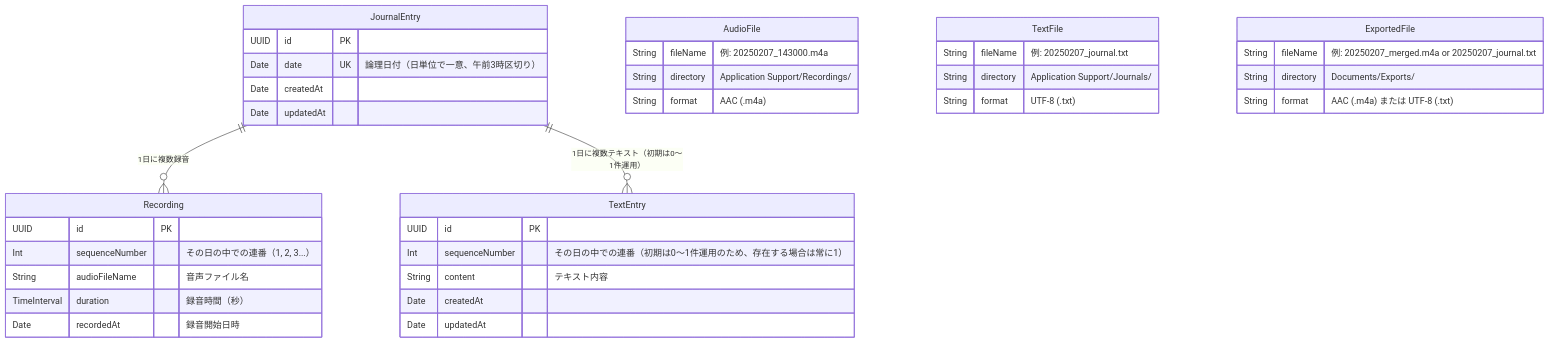
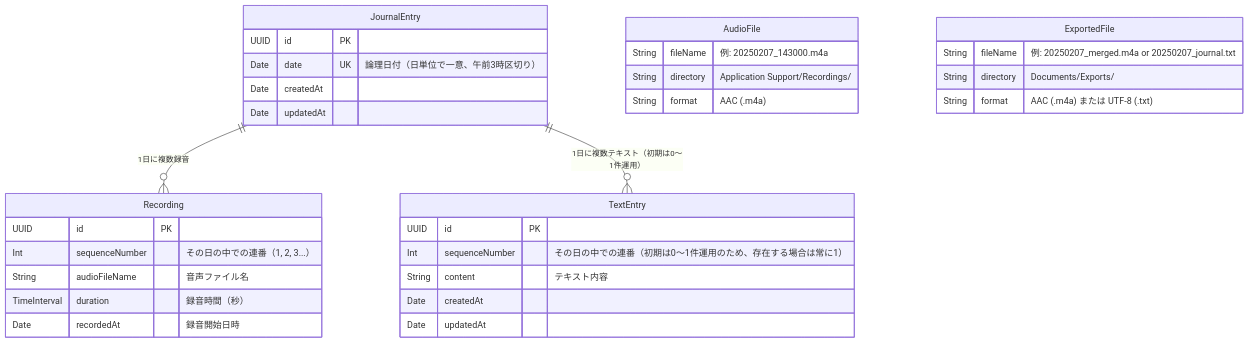
Before and after one commit to sy-hash/mind-echo: the diagram in docs/design-prompt.md, drawn with Mermaid. The commit also changed other lines of this file and 2 other files, not shown here.

First line of the commit message:
Simplify design: remove waveform, playback guard, text file sync, and search

````diff
--- a/docs/design-prompt.md
+++ b/docs/design-prompt.md
@@ -88,46 +70,40 @@
 ```mermaid
 erDiagram
     JournalEntry {
         UUID id PK
         Date date UK "論理日付（日単位で一意、午前3時区切り）"
         Date createdAt
         Date updatedAt
     }
 
     Recording {
         UUID id PK
         Int sequenceNumber "その日の中での連番（1, 2, 3...）"
         String audioFileName "音声ファイル名"
         TimeInterval duration "録音時間（秒）"
         Date recordedAt "録音開始日時"
     }
 
     TextEntry {
         UUID id PK
         Int sequenceNumber "その日の中での連番（初期は0〜1件運用のため、存在する場合は常に1）"
         String content "テキスト内容"
         Date createdAt
         Date updatedAt
     }
 
     JournalEntry ||--o{ Recording : "1日に複数録音"
     JournalEntry ||--o{ TextEntry : "1日に複数テキスト（初期は0〜1件運用）"
 
     AudioFile {
         String fileName "例: 20250207_143000.m4a"
         String directory "Application Support/Recordings/"
         String format "AAC (.m4a)"
     }
 
-    TextFile {
-        String fileName "例: 20250207_journal.txt"
-        String directory "Application Support/Journals/"
-        String format "UTF-8 (.txt)"
-    }
-
     ExportedFile {
         String fileName "例: 20250207_merged.m4a or 20250207_journal.txt"
         String directory "Documents/Exports/"
         String format "AAC (.m4a) または UTF-8 (.txt)"
     }
 ```
````
